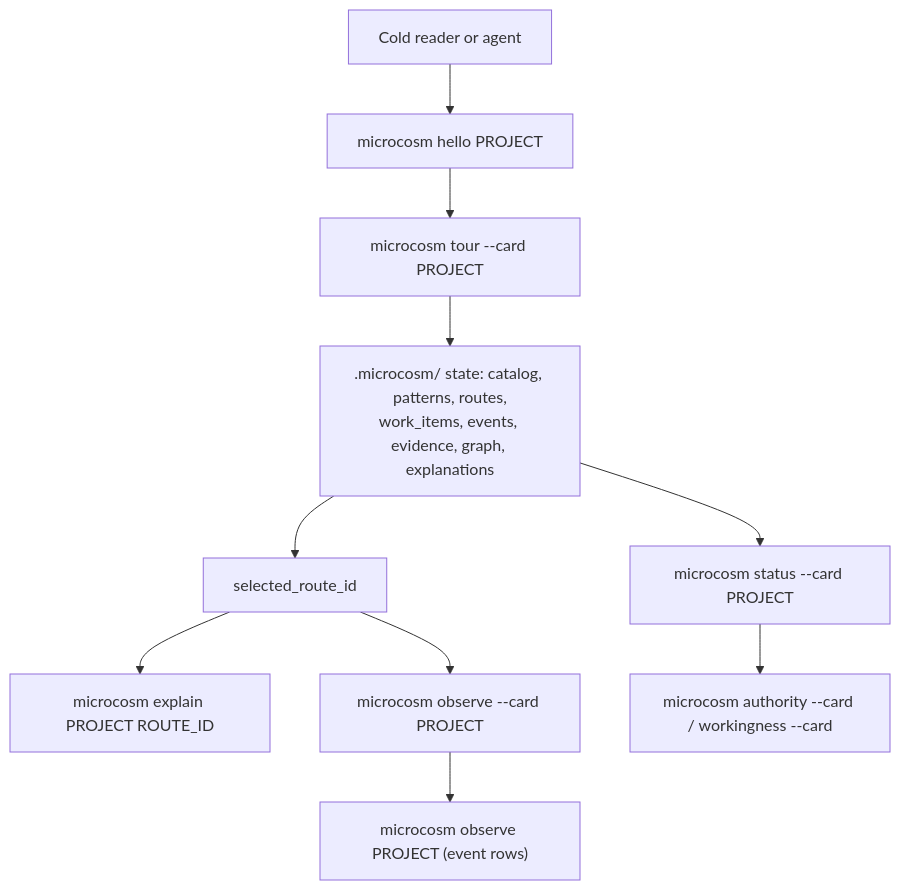
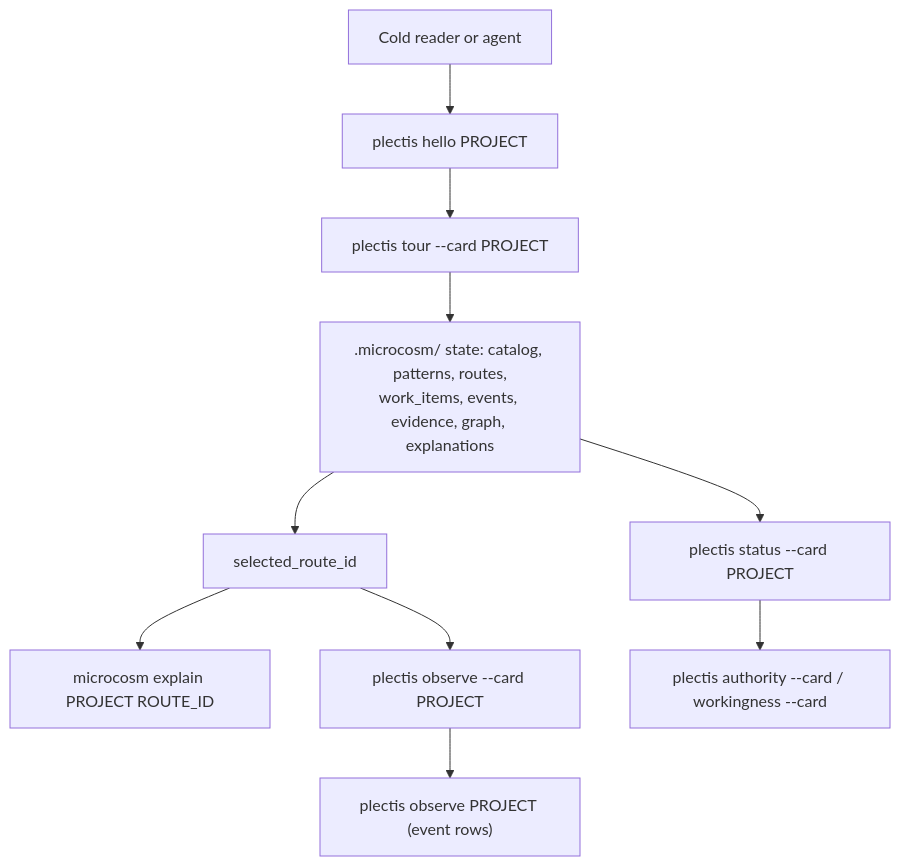
The first of 5 diagrams in ARCHITECTURE.md (wcook04/plectis), drawn with Mermaid before and after one commit. The commit also changed other lines of this file and 969 other files, not shown here.

````diff
--- a/ARCHITECTURE.md
+++ b/ARCHITECTURE.md
@@ -21,12 +21,12 @@
 ```mermaid
 flowchart TD
-  A[Cold reader or agent] --> B["microcosm hello PROJECT"]
-  B --> C["microcosm tour --card PROJECT"]
+  A[Cold reader or agent] --> B["plectis hello PROJECT"]
+  B --> C["plectis tour --card PROJECT"]
   C --> D[".microcosm/ state: catalog, patterns, routes,<br/>work_items, events, evidence, graph, explanations"]
   D --> E["selected_route_id"]
   E --> F["microcosm explain PROJECT ROUTE_ID"]
-  E --> G["microcosm observe --card PROJECT"]
-  G --> G2["microcosm observe PROJECT (event rows)"]
-  D --> H["microcosm status --card PROJECT"]
-  H --> I["microcosm authority --card / workingness --card"]
+  E --> G["plectis observe --card PROJECT"]
+  G --> G2["plectis observe PROJECT (event rows)"]
+  D --> H["plectis status --card PROJECT"]
+  H --> I["plectis authority --card / workingness --card"]
 ```
````
